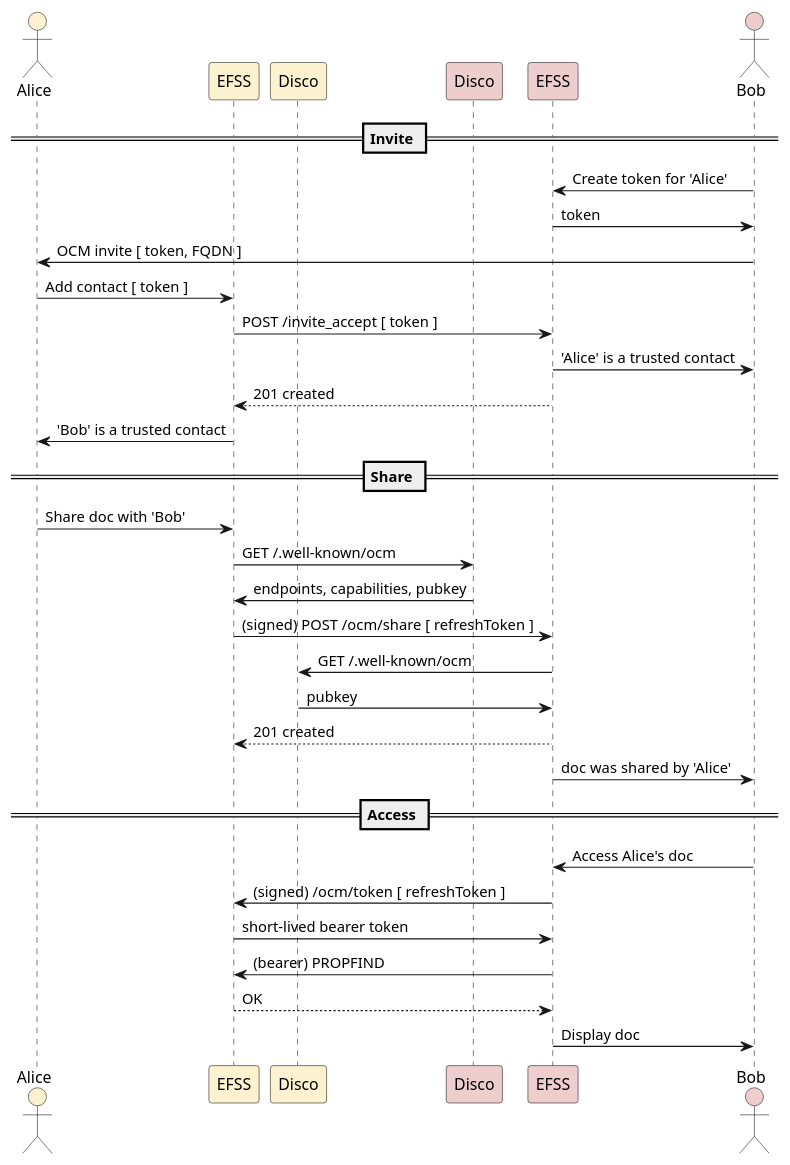
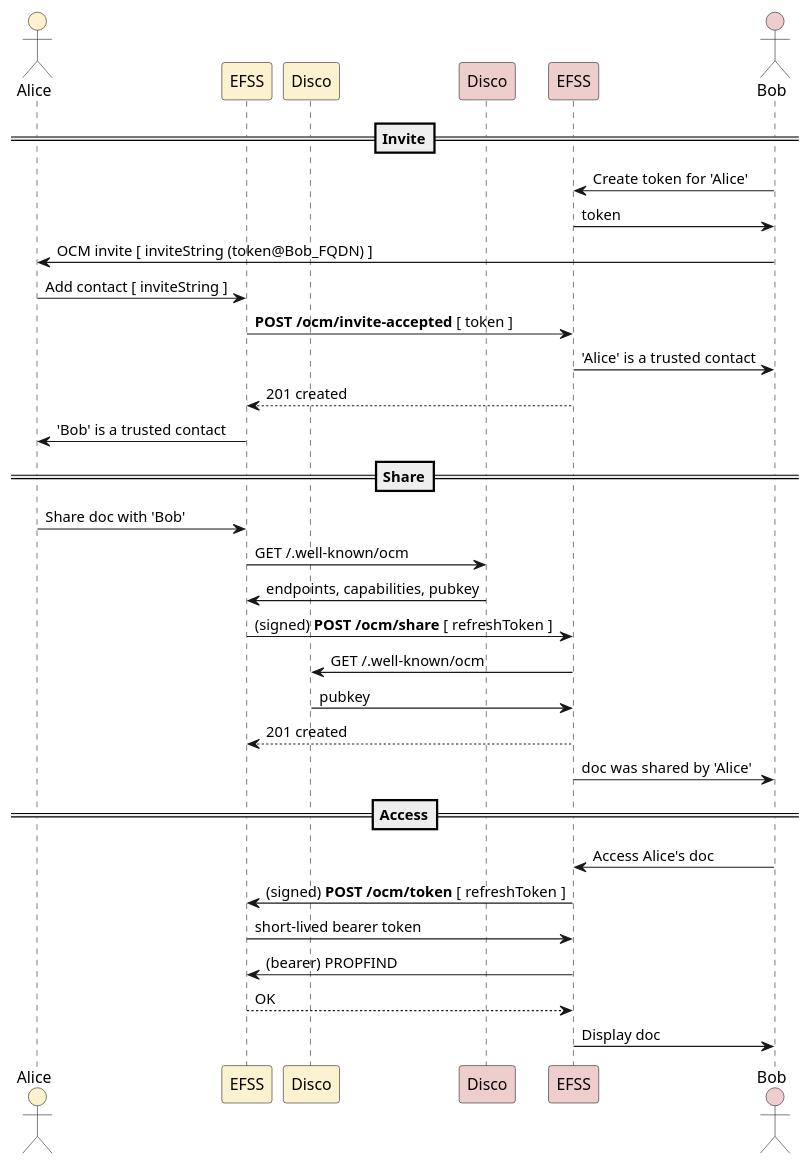
Before and after one commit to cs3org/OCM-API: the diagram in diagrams/code-flow.puml, drawn with PlantUML.

Commit message:
Further refinements in sequence diagrams

```diff
--- a/diagrams/code-flow.puml
+++ b/diagrams/code-flow.puml
@@ -1,35 +1,35 @@
 @startuml
 
 actor "Alice" as Alice_user #fdf2d0
 participant "EFSS" as Alice_EFSS #fdf2d0
 participant "Disco" as Alice_Disco #fdf2d0
 participant "Disco" as Bob_Disco #eececd
 participant "EFSS" as Bob_EFSS #eececd
 actor "Bob" as Bob_user #eececd
-== Invite ==
+==Invite==
 Bob_user -> Bob_EFSS: Create token for 'Alice'
 Bob_EFSS -> Bob_user: token
-Bob_user -> Alice_user: OCM invite [ token, FQDN ]
-Alice_user -> Alice_EFSS: Add contact [ token ]
-Alice_EFSS -> Bob_EFSS: POST /invite_accept [ token ]
+Bob_user -> Alice_user: OCM invite [ inviteString (token@Bob_FQDN) ]
+Alice_user -> Alice_EFSS: Add contact [ inviteString ]
+Alice_EFSS -> Bob_EFSS: **POST /ocm/invite-accepted** [ token ]
 Bob_EFSS -> Bob_user: 'Alice' is a trusted contact
 Bob_EFSS --> Alice_EFSS: 201 created
 Alice_EFSS -> Alice_user: 'Bob' is a trusted contact
-== Share ==
+==Share==
 Alice_user -> Alice_EFSS: Share doc with 'Bob'
 Alice_EFSS -> Bob_Disco: GET /.well-known/ocm
 Bob_Disco -> Alice_EFSS: endpoints, capabilities, pubkey
-Alice_EFSS -> Bob_EFSS: (signed) POST /ocm/share [ refreshToken ]
+Alice_EFSS -> Bob_EFSS: (signed) **POST /ocm/share** [ refreshToken ]
 Bob_EFSS -> Alice_Disco: GET /.well-known/ocm
 Alice_Disco -> Bob_EFSS: pubkey
 Bob_EFSS --> Alice_EFSS: 201 created
 Bob_EFSS -> Bob_user: doc was shared by 'Alice'
-== Access ==
+==Access==
 Bob_user -> Bob_EFSS: Access Alice's doc
-Bob_EFSS -> Alice_EFSS: (signed) /ocm/token [ refreshToken ]
+Bob_EFSS -> Alice_EFSS: (signed) **POST /ocm/token** [ refreshToken ]
 Alice_EFSS -> Bob_EFSS: short-lived bearer token
 Bob_EFSS -> Alice_EFSS: (bearer) PROPFIND
 Alice_EFSS --> Bob_EFSS: OK
 Bob_EFSS -> Bob_user: Display doc
 
 @enduml
```
